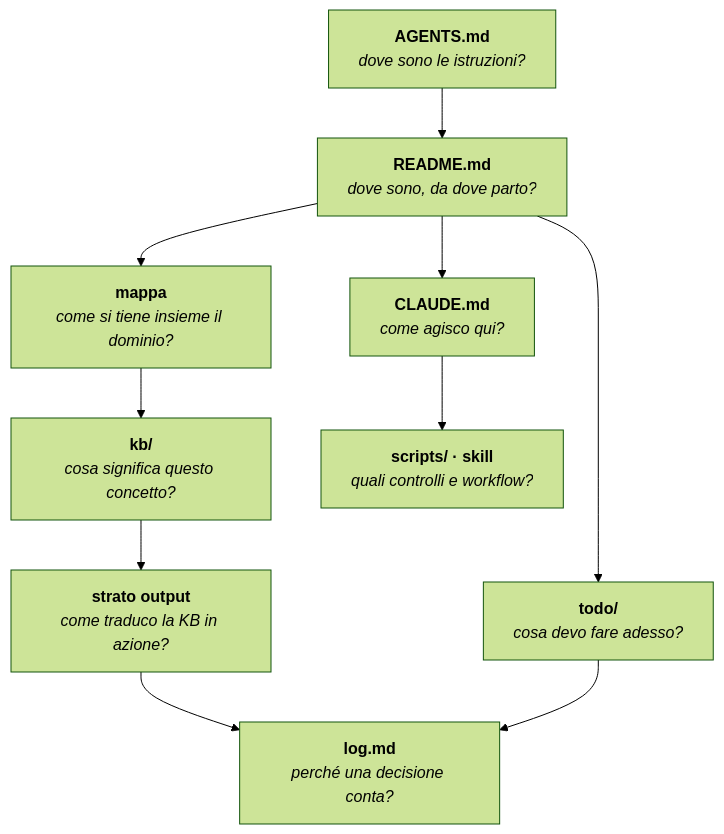
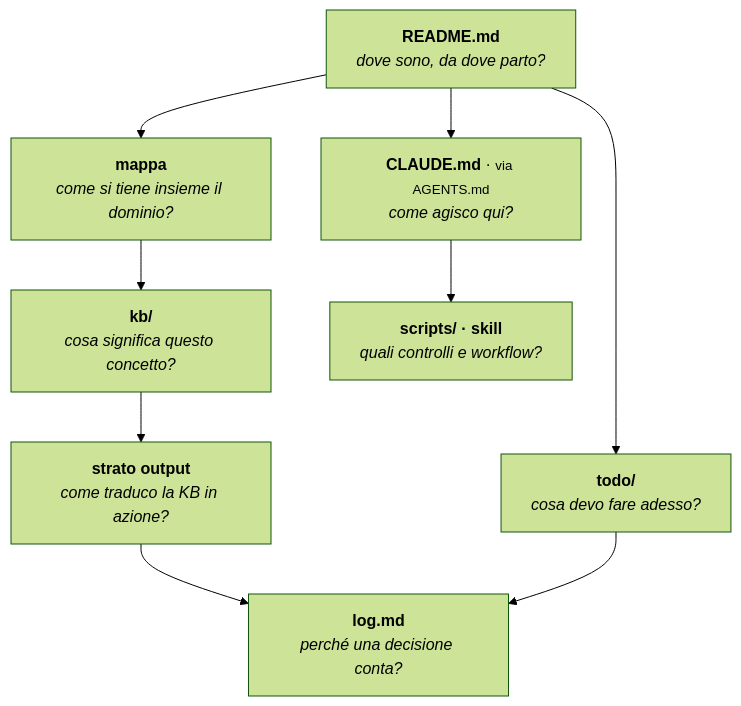
The sixth of 8 diagrams in presentazione/metodo-in-sintesi.md (steledama/method), drawn with Mermaid (forest theme) before and after one commit. The commit also changed other lines of this file and 4 other files, not shown here.

````diff
--- a/presentazione/metodo-in-sintesi.md
+++ b/presentazione/metodo-in-sintesi.md
@@ -119,22 +148,20 @@
 ```mermaid
 flowchart TB
-    A["<b>AGENTS.md</b><br/><i>dove sono le istruzioni?</i>"]
     R["<b>README.md</b><br/><i>dove sono, da dove parto?</i>"]
-    C["<b>CLAUDE.md</b><br/><i>come agisco qui?</i>"]
+    C["<b>CLAUDE.md</b> · <small>via AGENTS.md</small><br/><i>come agisco qui?</i>"]
     MAP["<b>mappa</b><br/><i>come si tiene insieme il dominio?</i>"]
     KB["<b>kb/</b><br/><i>cosa significa questo concetto?</i>"]
     TODO["<b>todo/</b><br/><i>cosa devo fare adesso?</i>"]
     LOG["<b>log.md</b><br/><i>perché una decisione conta?</i>"]
     S["<b>scripts/ · skill</b><br/><i>quali controlli e workflow?</i>"]
     OUT["<b>strato output</b><br/><i>come traduco la KB in azione?</i>"]
 
-    A --> R
     R --> C
     R --> MAP
     R --> TODO
     MAP --> KB
     C --> S
     KB --> OUT
     OUT --> LOG
     TODO --> LOG
 ```
````
